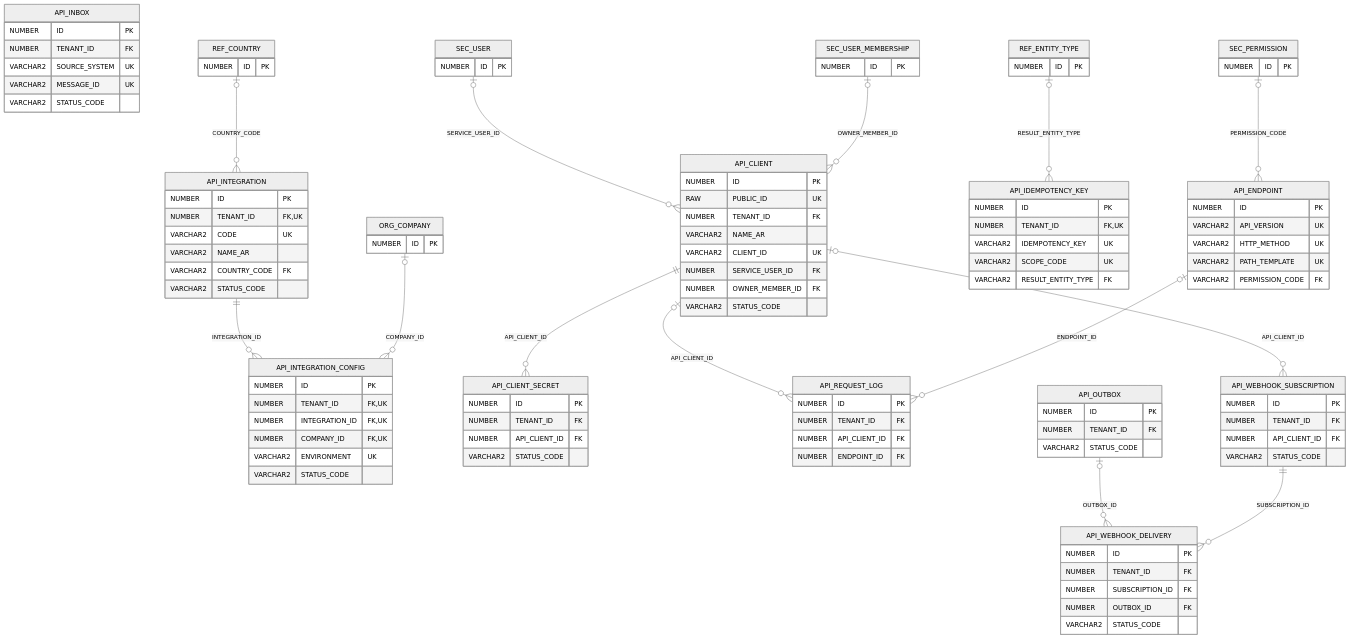
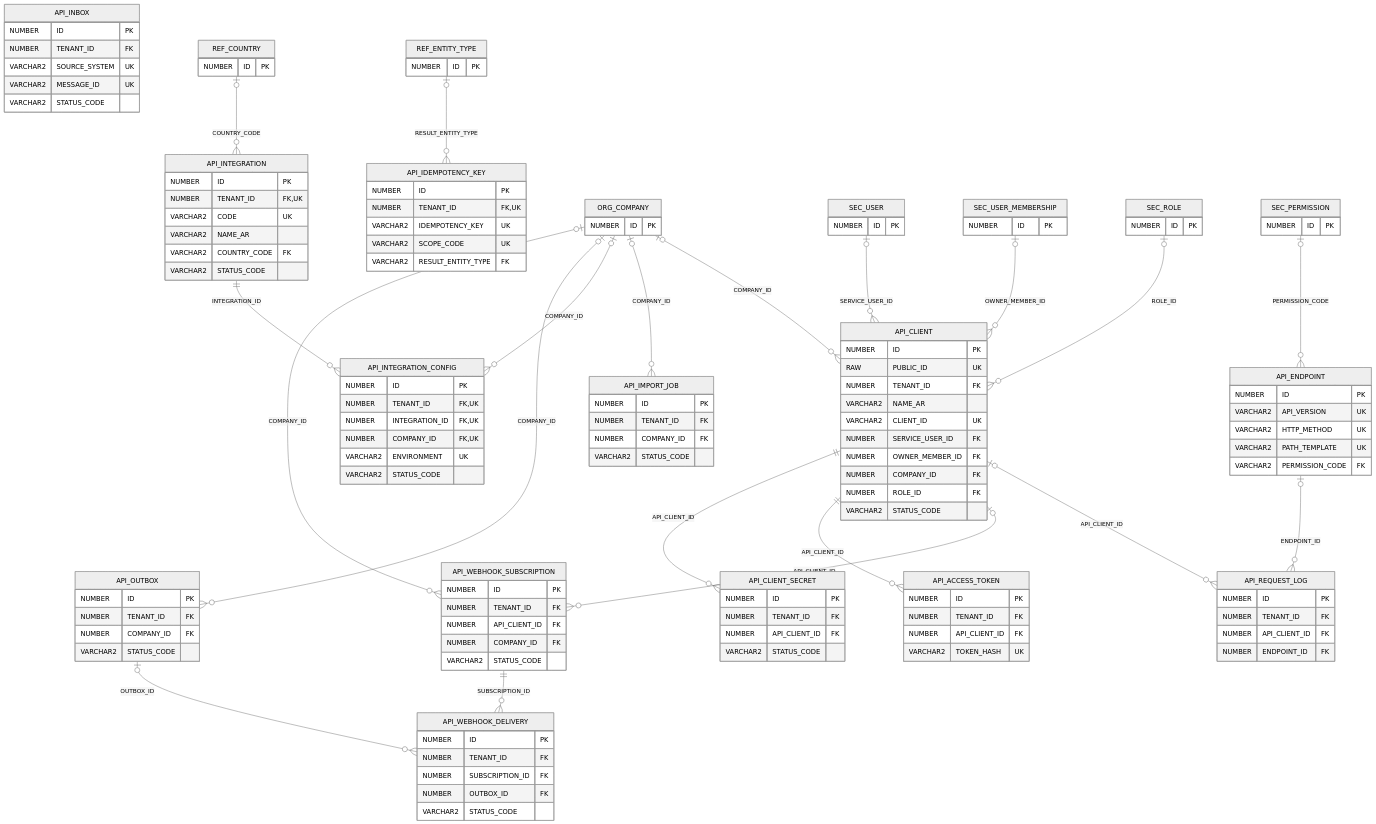
One commit to osamasayed578-design/noona-plus-26 changed the diagram in docs/erd/p23_api.md. Above: the diagram before and after it, drawn with Mermaid (neutral theme). The commit also changed other lines of this file and 55 other files, not shown here.

First line of the commit message:
API module: ORDS REST API v1, webhooks and outbox dispatcher, SMS/WhatsApp, CSV and bank statement connectors, e-commerce orders, integrations screens (upgrade 33)

````diff
--- a/docs/erd/p23_api.md
+++ b/docs/erd/p23_api.md
@@ -32,6 +32,8 @@
     VARCHAR2 CLIENT_ID UK
     NUMBER SERVICE_USER_ID FK
     NUMBER OWNER_MEMBER_ID FK
+    NUMBER COMPANY_ID FK
+    NUMBER ROLE_ID FK
     VARCHAR2 STATUS_CODE
   }
   API_CLIENT_SECRET {
@@ -39,6 +41,12 @@
     NUMBER TENANT_ID FK
     NUMBER API_CLIENT_ID FK
     VARCHAR2 STATUS_CODE
+  }
+  API_ACCESS_TOKEN {
+    NUMBER ID PK
+    NUMBER TENANT_ID FK
+    NUMBER API_CLIENT_ID FK
+    VARCHAR2 TOKEN_HASH UK
   }
   API_ENDPOINT {
     NUMBER ID PK
@@ -63,6 +71,7 @@
   API_OUTBOX {
     NUMBER ID PK
     NUMBER TENANT_ID FK
+    NUMBER COMPANY_ID FK
     VARCHAR2 STATUS_CODE
   }
   API_INBOX {
@@ -76,6 +85,7 @@
     NUMBER ID PK
     NUMBER TENANT_ID FK
     NUMBER API_CLIENT_ID FK
+    NUMBER COMPANY_ID FK
     VARCHAR2 STATUS_CODE
   }
   API_WEBHOOK_DELIVERY {
@@ -83,6 +93,12 @@
     NUMBER TENANT_ID FK
     NUMBER SUBSCRIPTION_ID FK
     NUMBER OUTBOX_ID FK
+    VARCHAR2 STATUS_CODE
+  }
+  API_IMPORT_JOB {
+    NUMBER ID PK
+    NUMBER TENANT_ID FK
+    NUMBER COMPANY_ID FK
     VARCHAR2 STATUS_CODE
   }
   REF_COUNTRY {
@@ -97,6 +113,9 @@
   SEC_USER_MEMBERSHIP {
     NUMBER ID PK
   }
+  SEC_ROLE {
+    NUMBER ID PK
+  }
   SEC_PERMISSION {
     NUMBER ID PK
   }
@@ -105,15 +124,21 @@
   }
   API_CLIENT |o--o{ API_REQUEST_LOG : "API_CLIENT_ID"
   API_CLIENT |o--o{ API_WEBHOOK_SUBSCRIPTION : "API_CLIENT_ID"
+  API_CLIENT ||--o{ API_ACCESS_TOKEN : "API_CLIENT_ID"
   API_CLIENT ||--o{ API_CLIENT_SECRET : "API_CLIENT_ID"
   API_ENDPOINT |o--o{ API_REQUEST_LOG : "ENDPOINT_ID"
   API_INTEGRATION ||--o{ API_INTEGRATION_CONFIG : "INTEGRATION_ID"
   API_OUTBOX |o--o{ API_WEBHOOK_DELIVERY : "OUTBOX_ID"
   API_WEBHOOK_SUBSCRIPTION ||--o{ API_WEBHOOK_DELIVERY : "SUBSCRIPTION_ID"
+  ORG_COMPANY |o--o{ API_CLIENT : "COMPANY_ID"
+  ORG_COMPANY |o--o{ API_IMPORT_JOB : "COMPANY_ID"
   ORG_COMPANY |o--o{ API_INTEGRATION_CONFIG : "COMPANY_ID"
+  ORG_COMPANY |o--o{ API_OUTBOX : "COMPANY_ID"
+  ORG_COMPANY |o--o{ API_WEBHOOK_SUBSCRIPTION : "COMPANY_ID"
   REF_COUNTRY |o--o{ API_INTEGRATION : "COUNTRY_CODE"
   REF_ENTITY_TYPE |o--o{ API_IDEMPOTENCY_KEY : "RESULT_ENTITY_TYPE"
   SEC_PERMISSION |o--o{ API_ENDPOINT : "PERMISSION_CODE"
+  SEC_ROLE |o--o{ API_CLIENT : "ROLE_ID"
   SEC_USER |o--o{ API_CLIENT : "SERVICE_USER_ID"
   SEC_USER_MEMBERSHIP |o--o{ API_CLIENT : "OWNER_MEMBER_ID"
 ```
````
